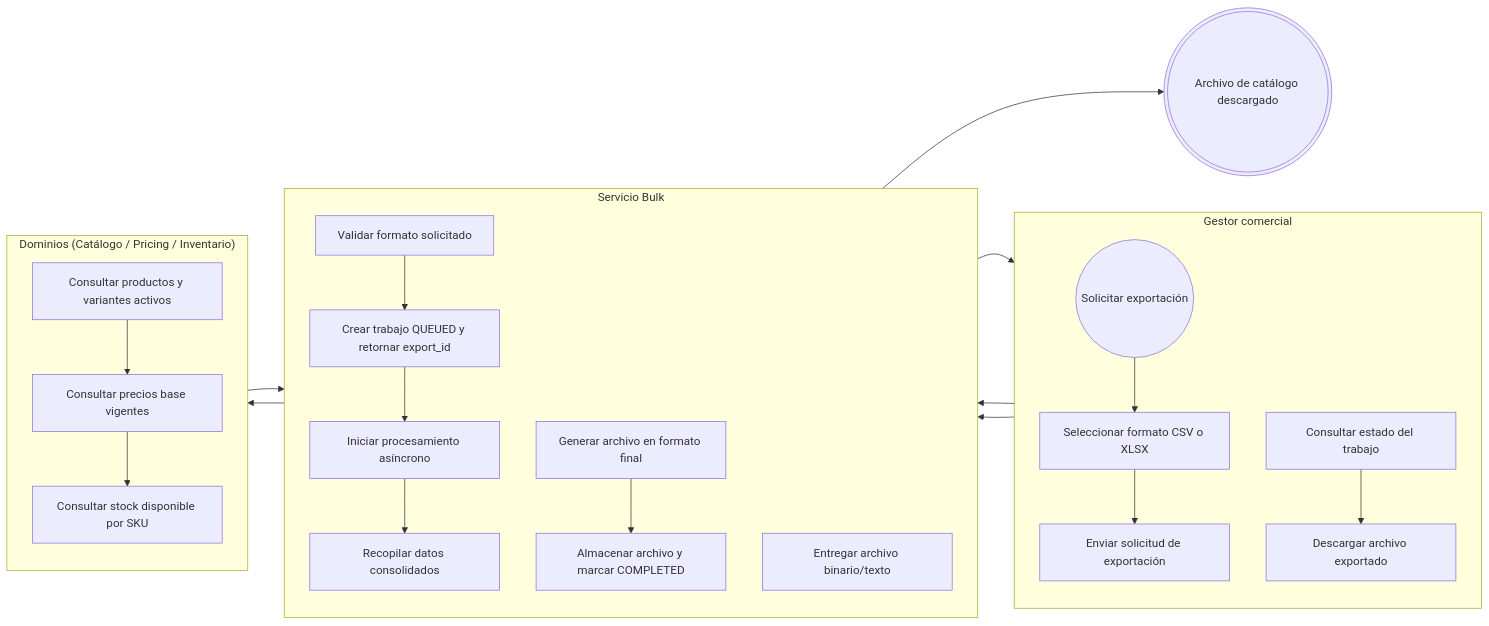
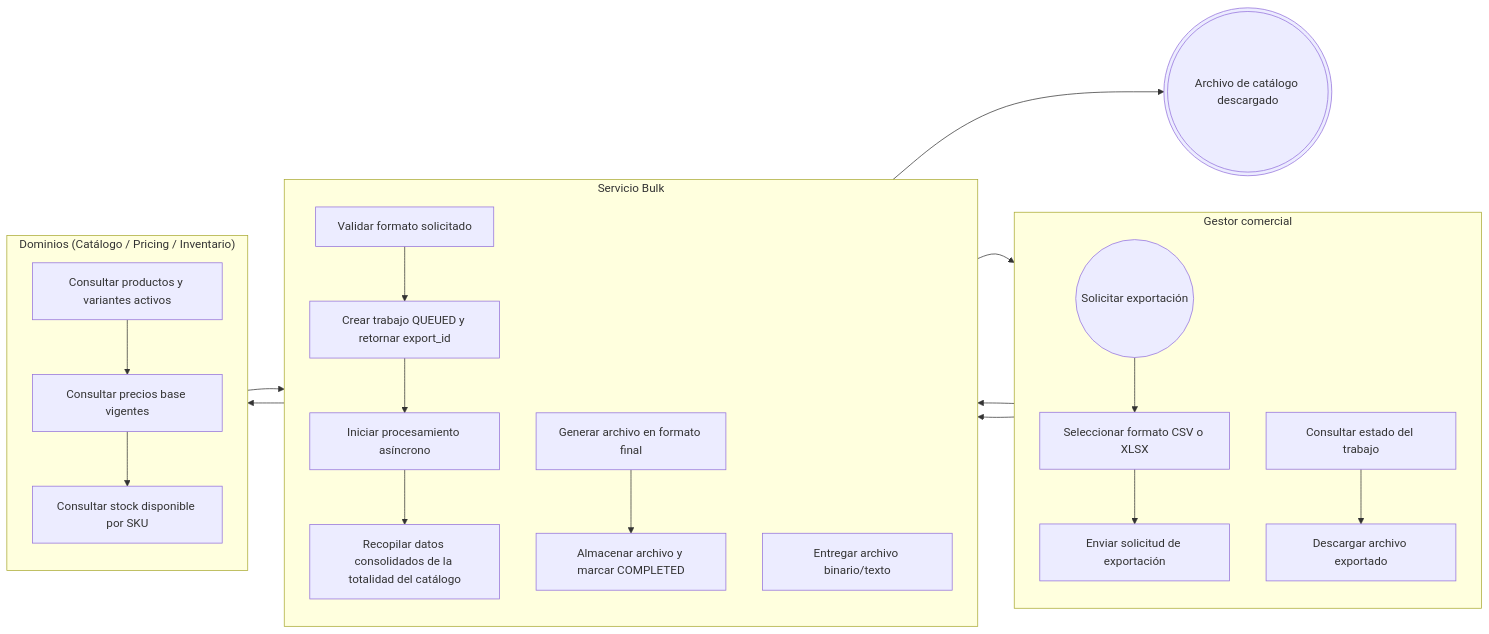
One commit to Taller-SW-Web/G6-Productos-Ofertas-docs changed the third of 3 diagrams in flujos/FLOW-001-carga-exportacion-masiva-productos.md. Above: the diagram before and after it, drawn with Mermaid. The commit also changed other lines of this file and 5 other files, not shown here.

Commit message:
docs(castilla): corregir default_location_id en FLOW-001, estados de combos a ACTIVO/INACTIVO y exportacion total

````diff
--- a/flujos/FLOW-001-carga-exportacion-masiva-productos.md
+++ b/flujos/FLOW-001-carga-exportacion-masiva-productos.md
@@ -208,48 +221,48 @@
 ```mermaid
 flowchart LR
 
     subgraph GESTOR["Gestor comercial"]
         direction TB
         INICIO_E((Solicitar exportación))
         GE1["Seleccionar formato CSV o XLSX"]
         GE2["Enviar solicitud de exportación"]
         GE3["Consultar estado del trabajo"]
         GE4["Descargar archivo exportado"]
     end
 
     subgraph BULK["Servicio Bulk"]
         direction TB
         BE1["Validar formato solicitado"]
         BE2["Crear trabajo QUEUED y retornar export_id"]
         BE3["Iniciar procesamiento asíncrono"]
-        BE4["Recopilar datos consolidados"]
+        BE4["Recopilar datos consolidados de la totalidad del catálogo"]
         BE5["Generar archivo en formato final"]
         BE6["Almacenar archivo y marcar COMPLETED"]
         BE7["Entregar archivo binario/texto"]
     end
 
     subgraph DOMINIOS_EXP["Dominios (Catálogo / Pricing / Inventario)"]
         direction TB
         DE1["Consultar productos y variantes activos"]
         DE2["Consultar precios base vigentes"]
         DE3["Consultar stock disponible por SKU"]
     end
 
     FIN_EXPORTADO(((Archivo de catálogo descargado)))
 
     INICIO_E --> GE1
     GE1 --> GE2
     GE2 --> BE1
     BE1 --> BE2
     BE2 --> BE3
     BE3 --> BE4
     BE4 --> DE1
     DE1 --> DE2
     DE2 --> DE3
     DE3 --> BE5
     BE5 --> BE6
     BE6 --> GE3
     GE3 --> GE4
     GE4 --> BE7
     BE7 --> FIN_EXPORTADO
 ```
````
